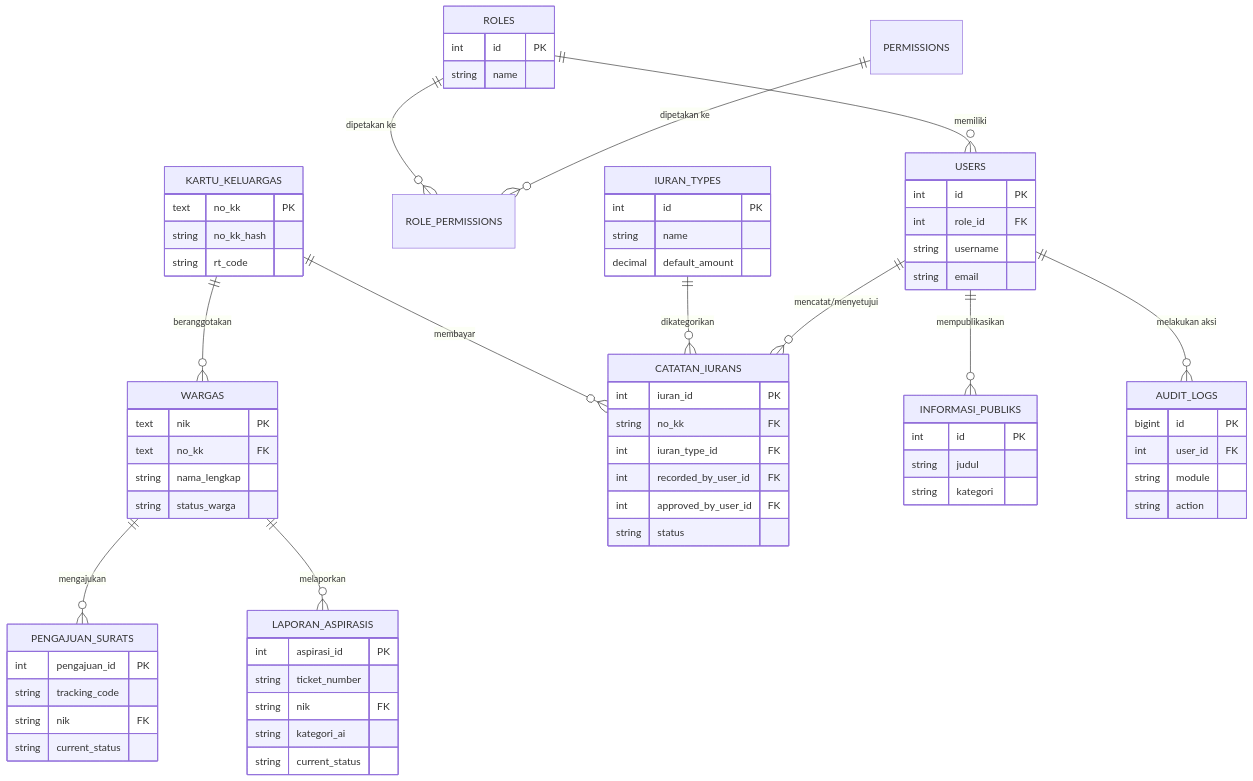
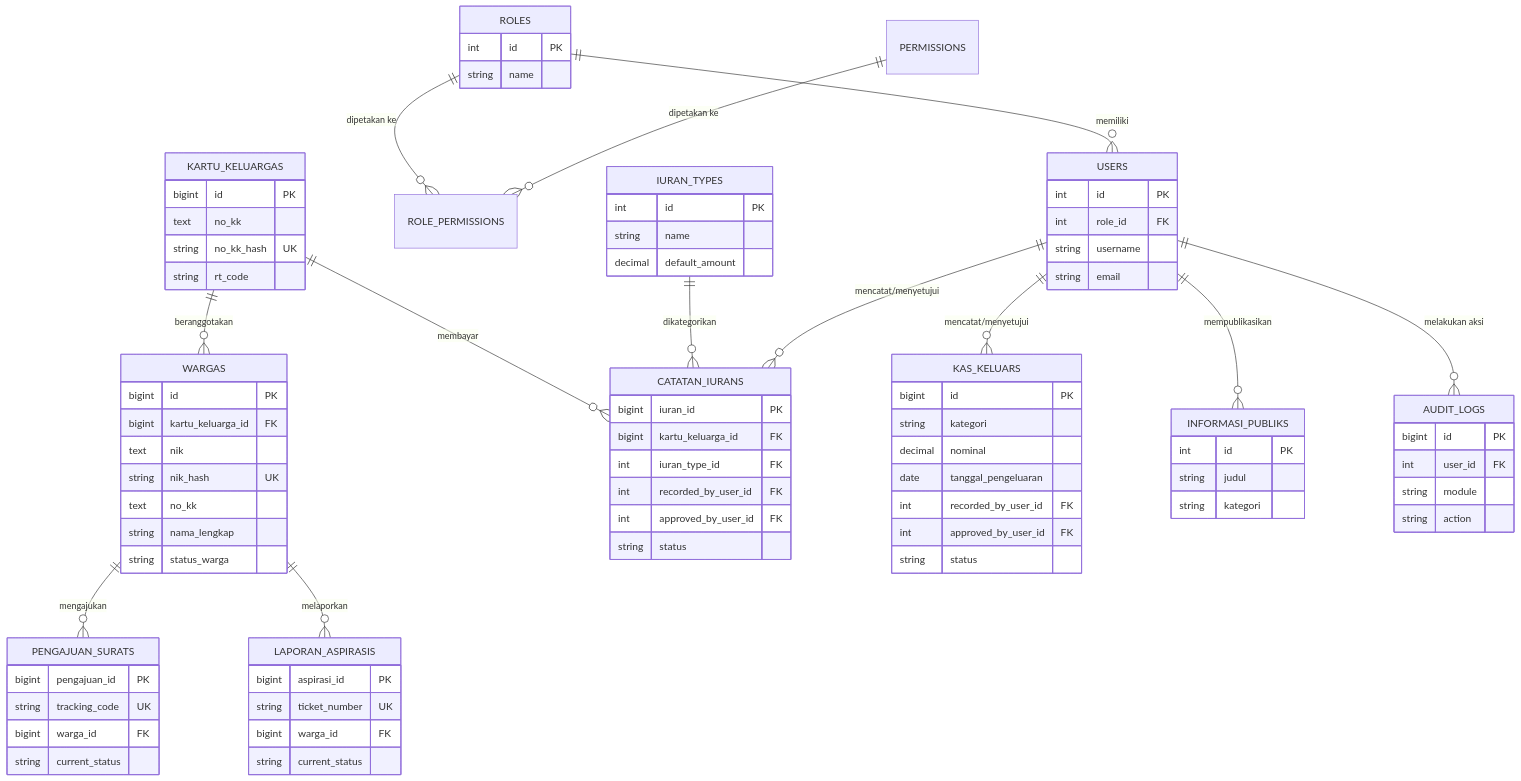
Before and after one commit to ChikalPrayoga/web_app_RW_Revisi: the diagram in docs/DATABASE_SCHEMA.md, drawn with Mermaid. The commit also changed other lines of this file and 194 other files, not shown here.

```diff
--- a/docs/DATABASE_SCHEMA.md
+++ b/docs/DATABASE_SCHEMA.md
@@ -364,8 +405,8 @@
     WARGAS ||--o{ LAPORAN_ASPIRASIS : "melaporkan"
 
     IURAN_TYPES ||--o{ CATATAN_IURANS : "dikategorikan"
-
     USERS ||--o{ CATATAN_IURANS : "mencatat/menyetujui"
+    USERS ||--o{ KAS_KELUARS : "mencatat/menyetujui"
     USERS ||--o{ INFORMASI_PUBLIKS : "mempublikasikan"
     USERS ||--o{ AUDIT_LOGS : "melakukan aksi"
 
@@ -380,27 +421,30 @@
         string name
     }
     KARTU_KELUARGAS {
-        text no_kk PK
-        string no_kk_hash
+        bigint id PK
+        text no_kk
+        string no_kk_hash UK
         string rt_code
     }
     WARGAS {
-        text nik PK
-        text no_kk FK
+        bigint id PK
+        bigint kartu_keluarga_id FK
+        text nik
+        string nik_hash UK
+        text no_kk
         string nama_lengkap
         string status_warga
     }
     PENGAJUAN_SURATS {
-        int pengajuan_id PK
-        string tracking_code
-        string nik FK
+        bigint pengajuan_id PK
+        string tracking_code UK
+        bigint warga_id FK
         string current_status
     }
     LAPORAN_ASPIRASIS {
-        int aspirasi_id PK
-        string ticket_number
-        string nik FK
-        string kategori_ai
+        bigint aspirasi_id PK
+        string ticket_number UK
+        bigint warga_id FK
         string current_status
     }
     IURAN_TYPES {
@@ -409,9 +453,18 @@
         decimal default_amount
     }
     CATATAN_IURANS {
-        int iuran_id PK
-        string no_kk FK
+        bigint iuran_id PK
+        bigint kartu_keluarga_id FK
         int iuran_type_id FK
+        int recorded_by_user_id FK
+        int approved_by_user_id FK
+        string status
+    }
+    KAS_KELUARS {
+        bigint id PK
+        string kategori
+        decimal nominal
+        date tanggal_pengeluaran
         int recorded_by_user_id FK
         int approved_by_user_id FK
         string status
```
